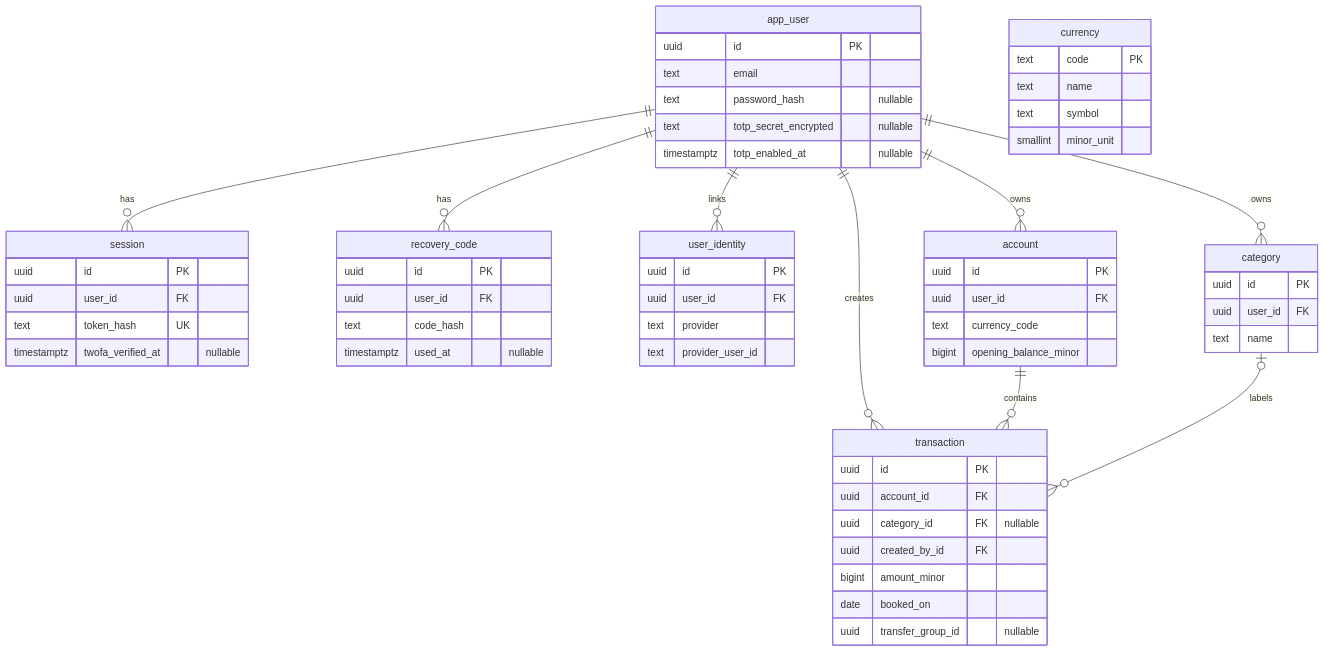
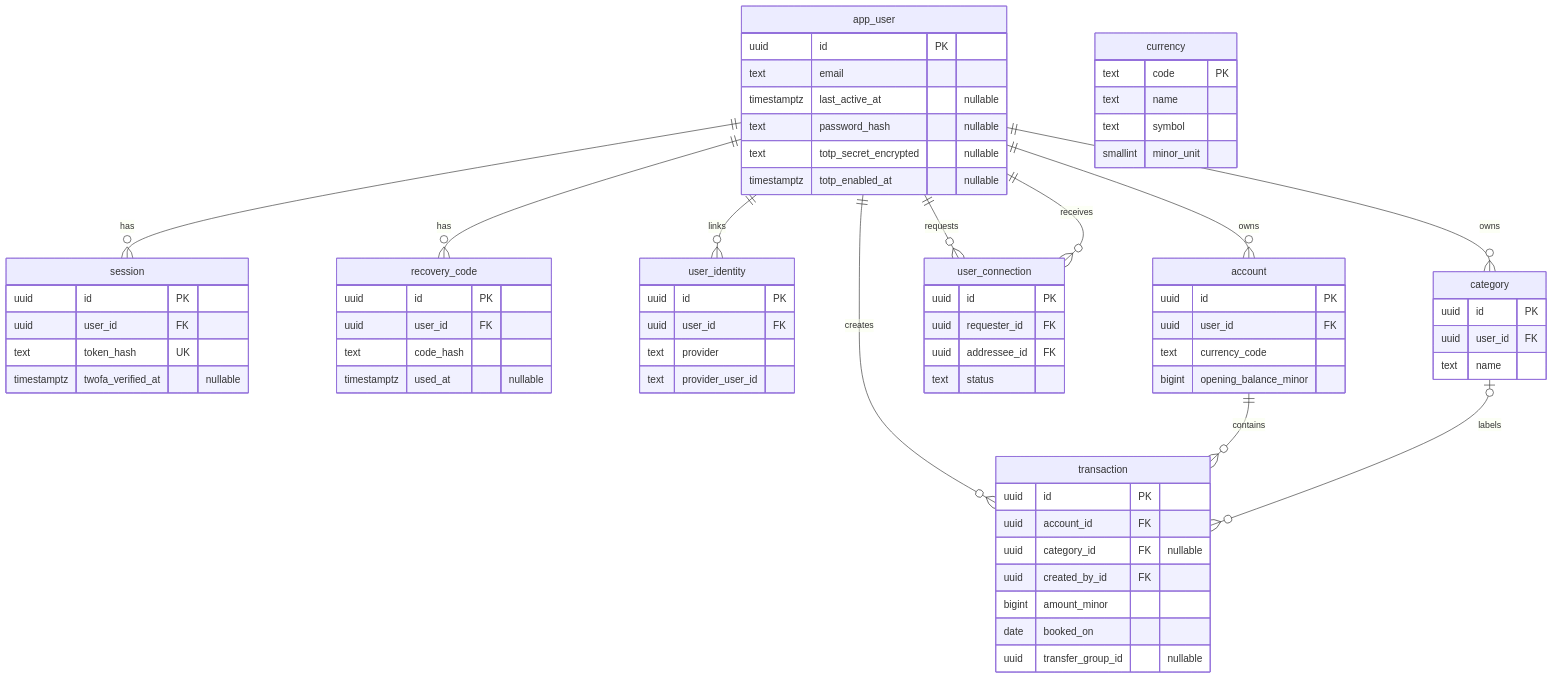
Before and after one commit to LaraKraemer/transcendence: the diagram in README.md, drawn with Mermaid. The commit also changed other lines of this file and 6 other files, not shown here.

````diff
--- a/README.md
+++ b/README.md
@@ -208,63 +217,72 @@
 ```mermaid
 erDiagram
     app_user ||--o{ session : "has"
     app_user ||--o{ recovery_code : "has"
     app_user ||--o{ user_identity : "links"
     app_user ||--o{ account : "owns"
+    app_user ||--o{ user_connection : "requests"
+    app_user ||--o{ user_connection : "receives"
     app_user ||--o{ category : "owns"
     app_user ||--o{ transaction : "creates"
     account ||--o{ transaction : "contains"
     category o|--o{ transaction : "labels"
 
     app_user {
         uuid id PK
         text email
+        timestamptz last_active_at "nullable"
         text password_hash "nullable"
         text totp_secret_encrypted "nullable"
         timestamptz totp_enabled_at "nullable"
     }
     session {
         uuid id PK
         uuid user_id FK
         text token_hash UK
         timestamptz twofa_verified_at "nullable"
     }
     recovery_code {
         uuid id PK
         uuid user_id FK
         text code_hash
         timestamptz used_at "nullable"
     }
     user_identity {
         uuid id PK
         uuid user_id FK
         text provider
         text provider_user_id
     }
     account {
         uuid id PK
         uuid user_id FK
         text currency_code
         bigint opening_balance_minor
     }
     category {
         uuid id PK
         uuid user_id FK
         text name
     }
     transaction {
         uuid id PK
         uuid account_id FK
         uuid category_id FK "nullable"
         uuid created_by_id FK
         bigint amount_minor
         date booked_on
         uuid transfer_group_id "nullable"
     }
+    user_connection {
+        uuid id PK
+        uuid requester_id FK
+        uuid addressee_id FK
+        text status
+    }
     currency {
         text code PK
         text name
         text symbol
         smallint minor_unit
     }
 ```
````
